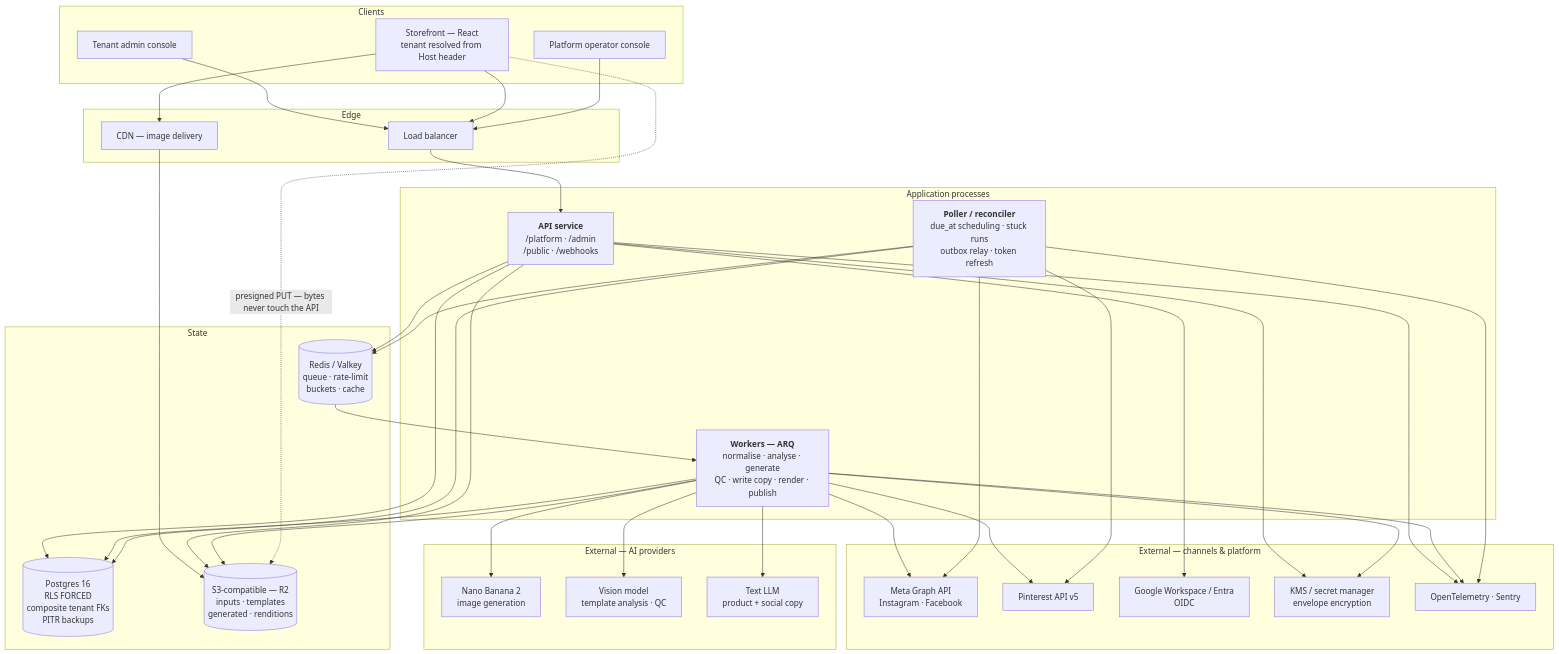
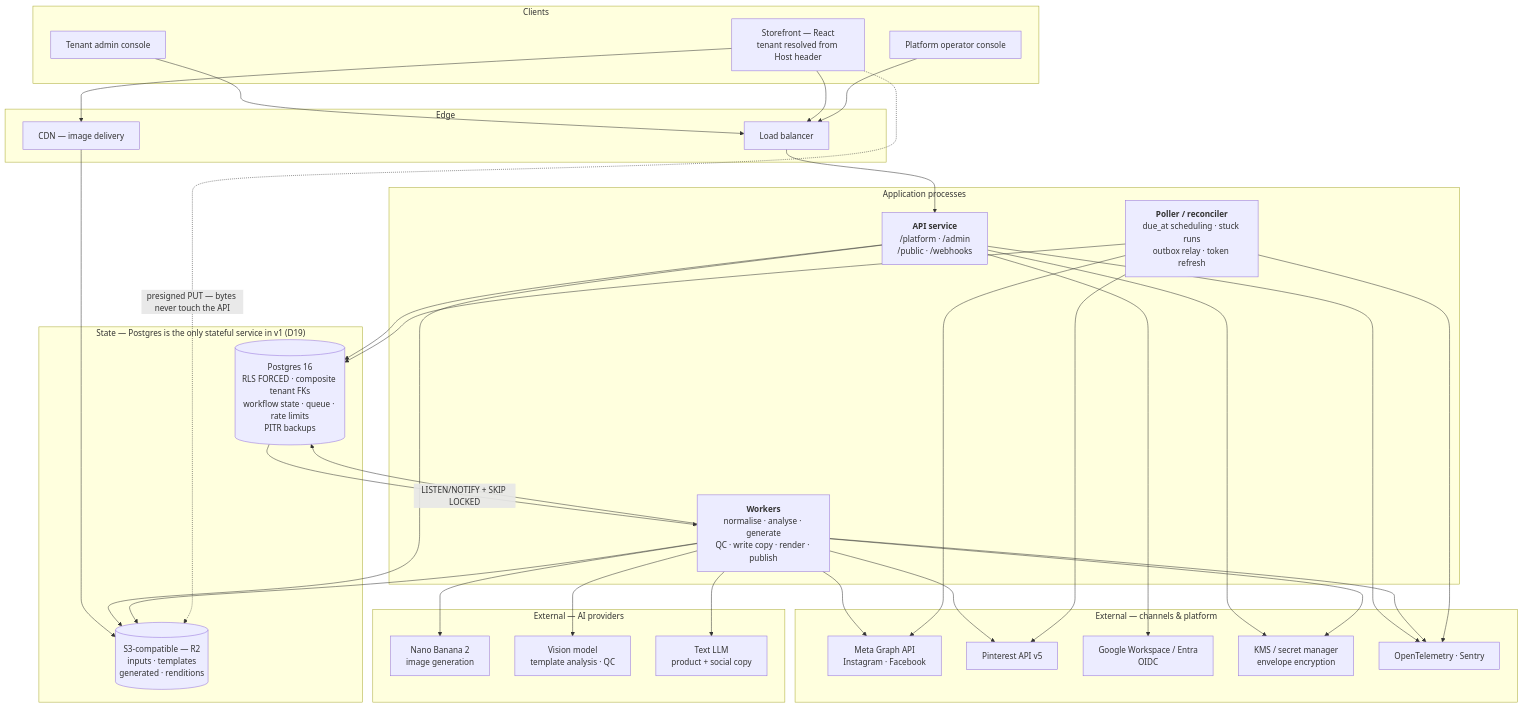
Before and after one commit to Bharath-2002/softbox-ai: the eighth of 12 diagrams in docs/DIAGRAMS.md, drawn with Mermaid. The commit also changed other lines of this file and 2 other files, not shown here.

Commit message:
docs: amend D19 to a Postgres-backed queue, dropping Redis from v1

````diff
--- a/docs/DIAGRAMS.md
+++ b/docs/DIAGRAMS.md
@@ -317,74 +317,71 @@
 ```mermaid
 flowchart TB
 
 subgraph CLIENTS["Clients"]
   CL1["Tenant admin console"]
   CL2["Storefront — React<br/>tenant resolved from Host header"]
   CL3["Platform operator console"]
 end
 
 subgraph EDGE["Edge"]
   CDN["CDN — image delivery"]
   LB["Load balancer"]
 end
 
 subgraph PROC["Application processes"]
   APIP["<b>API service</b><br/>/platform · /admin<br/>/public · /webhooks"]
-  WRK["<b>Workers — ARQ</b><br/>normalise · analyse · generate<br/>QC · write copy · render · publish"]
+  WRK["<b>Workers</b><br/>normalise · analyse · generate<br/>QC · write copy · render · publish"]
   POL["<b>Poller / reconciler</b><br/>due_at scheduling · stuck runs<br/>outbox relay · token refresh"]
 end
 
-subgraph DATA["State"]
-  PG[("Postgres 16<br/>RLS FORCED<br/>composite tenant FKs<br/>PITR backups")]
-  RD[("Redis / Valkey<br/>queue · rate-limit<br/>buckets · cache")]
+subgraph DATA["State — Postgres is the only stateful service in v1 (D19)"]
+  PG[("Postgres 16<br/>RLS FORCED · composite tenant FKs<br/>workflow state · queue · rate limits<br/>PITR backups")]
   OBJ[("S3-compatible — R2<br/>inputs · templates<br/>generated · renditions")]
 end
 
 subgraph EXTAI["External — AI providers"]
   NB["Nano Banana 2<br/>image generation"]
   VIS["Vision model<br/>template analysis · QC"]
   TXT["Text LLM<br/>product + social copy"]
 end
 
 subgraph EXTCH["External — channels & platform"]
   META["Meta Graph API<br/>Instagram · Facebook"]
   PIN["Pinterest API v5"]
   IDP["Google Workspace / Entra<br/>OIDC"]
   KMS["KMS / secret manager<br/>envelope encryption"]
   OTEL["OpenTelemetry · Sentry"]
 end
 
 CL1 --> LB
 CL2 --> LB
 CL3 --> LB
 CL2 --> CDN
 CDN --> OBJ
 
 LB --> APIP
 APIP --> PG
-APIP --> RD
 APIP --> OBJ
 APIP --> IDP
 APIP --> KMS
 
-RD --> WRK
+PG -->|"LISTEN/NOTIFY + SKIP LOCKED"| WRK
 WRK --> PG
 WRK --> OBJ
 WRK --> NB
 WRK --> VIS
 WRK --> TXT
 WRK --> META
 WRK --> PIN
 WRK --> KMS
 
 POL --> PG
-POL --> RD
 POL --> META
 POL --> PIN
 
 APIP --> OTEL
 WRK --> OTEL
 POL --> OTEL
 
 CL2 -. "presigned PUT — bytes never touch the API" .-> OBJ
 ```
````
